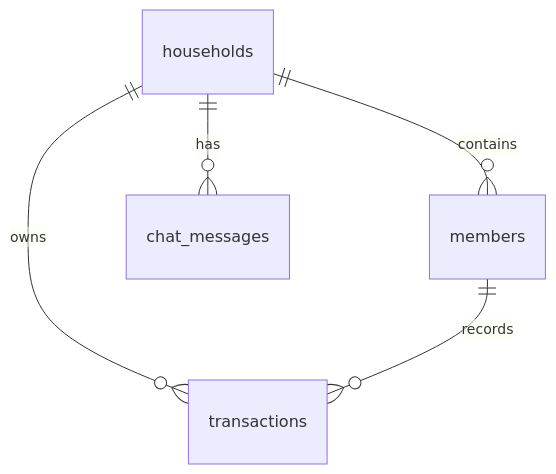
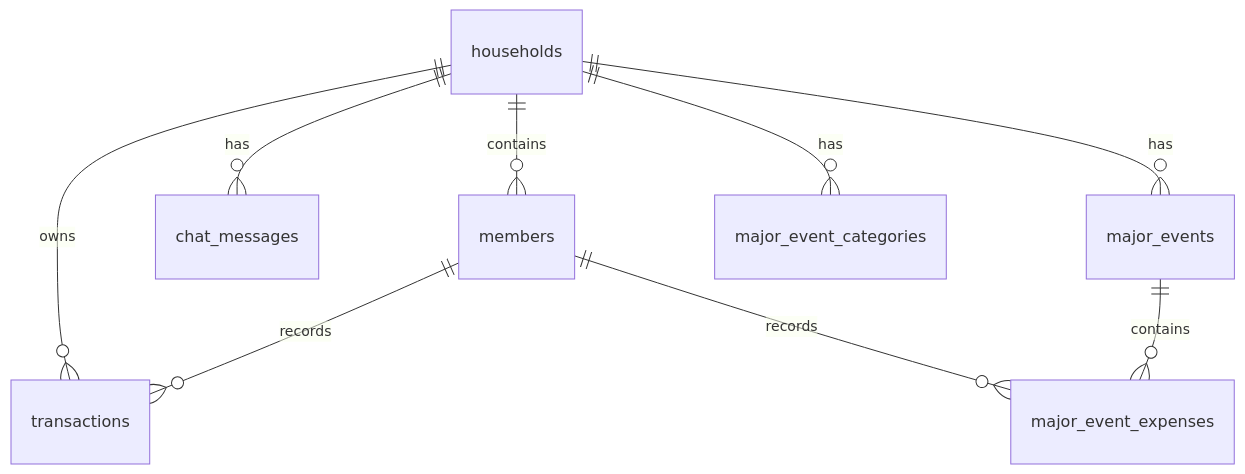
The diagram in docs/database-design.md (xujiongx/money-record), drawn with Mermaid before and after one commit. The commit also changed other lines of this file and 33 other files, not shown here.

````diff
--- a/docs/database-design.md
+++ b/docs/database-design.md
@@ -15,7 +15,11 @@
 ```mermaid
 erDiagram
   households ||--o{ members : contains
   households ||--o{ transactions : owns
   households ||--o{ chat_messages : has
+  households ||--o{ major_events : has
+  households ||--o{ major_event_categories : has
   members ||--o{ transactions : records
+  members ||--o{ major_event_expenses : records
+  major_events ||--o{ major_event_expenses : contains
 ```
````
